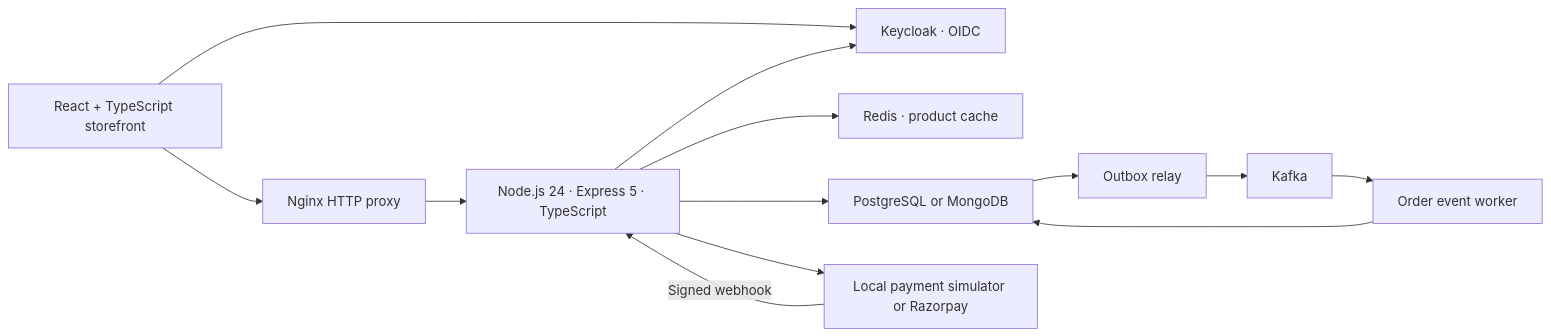
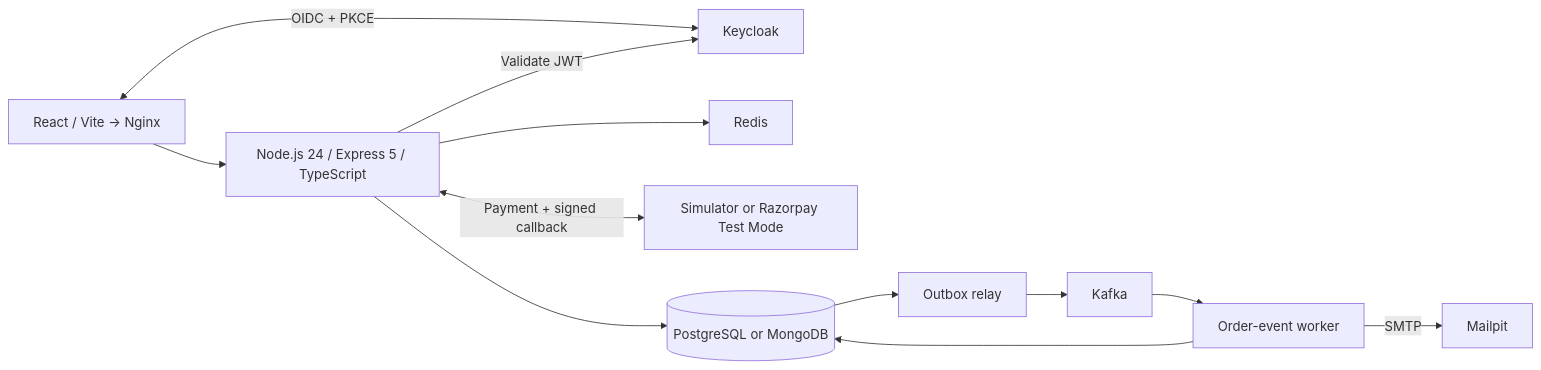
Before and after one commit to Ajithkumar-Hariraman/ecommerce-platform: the diagram in README.md, drawn with Mermaid. The commit also changed other lines of this file and 39 other files, not shown here.

````diff
--- a/README.md
+++ b/README.md
@@ -7,15 +16,14 @@
 ```mermaid
 flowchart LR
-    Browser["React + TypeScript storefront"] --> Nginx["Nginx HTTP proxy"]
-    Browser --> Keycloak["Keycloak · OIDC"]
-    Nginx --> API["Node.js 24 · Express 5 · TypeScript"]
-    API --> Keycloak
-    API --> Redis["Redis · product cache"]
-    API --> Store["PostgreSQL or MongoDB"]
-    API --> Payments["Local payment simulator or Razorpay"]
-    Payments -->|Signed webhook| API
+    Web["React / Vite → Nginx"] --> API["Node.js 24 / Express 5 / TypeScript"]
+    Web <-->|"OIDC + PKCE"| KC["Keycloak"]
+    API -->|"Validate JWT"| KC
+    API --> Redis
+    API <-->|"Payment + signed callback"| Provider["Simulator or Razorpay Test Mode"]
+    API --> Store[("PostgreSQL or MongoDB")]
     Store --> Relay["Outbox relay"]
     Relay --> Kafka
-    Kafka --> Worker["Order event worker"]
+    Kafka --> Worker["Order-event worker"]
     Worker --> Store
+    Worker -->|"SMTP"| Mailpit
 ```
````
